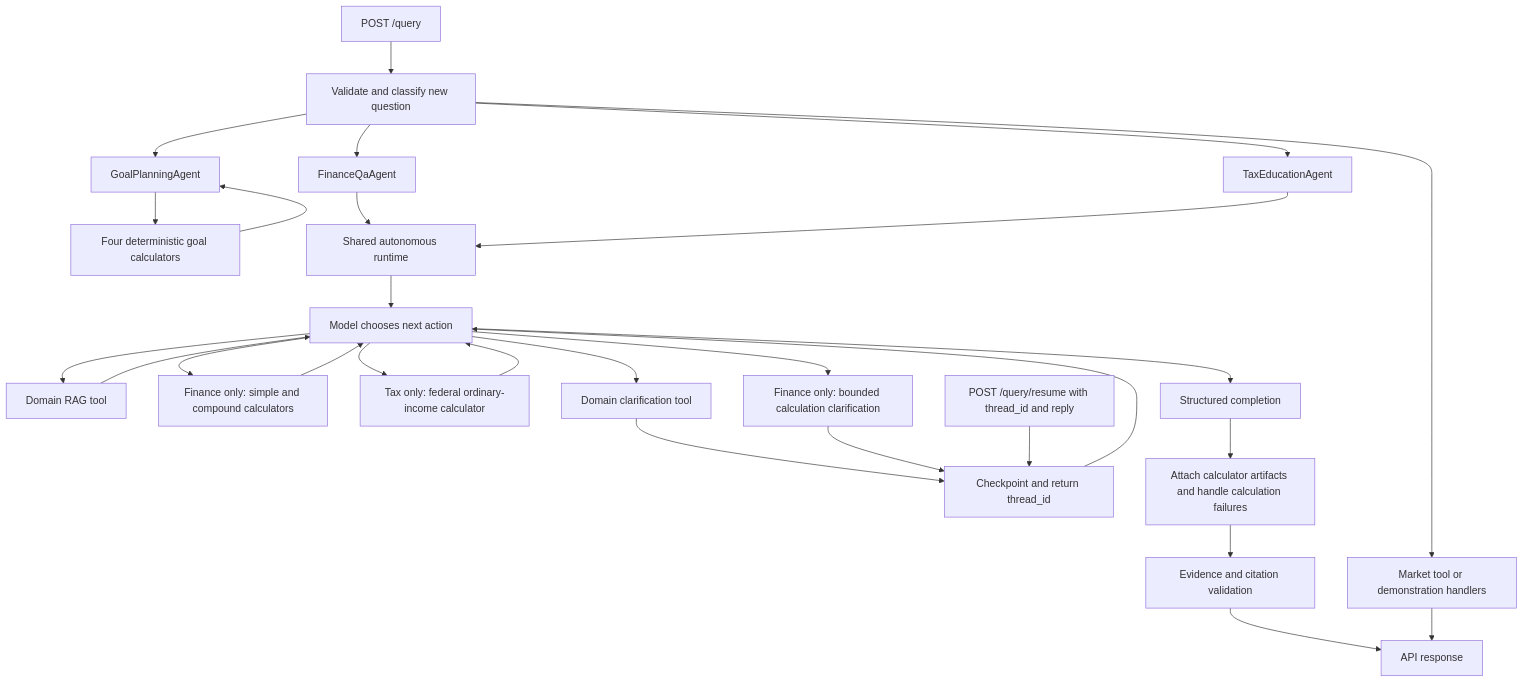
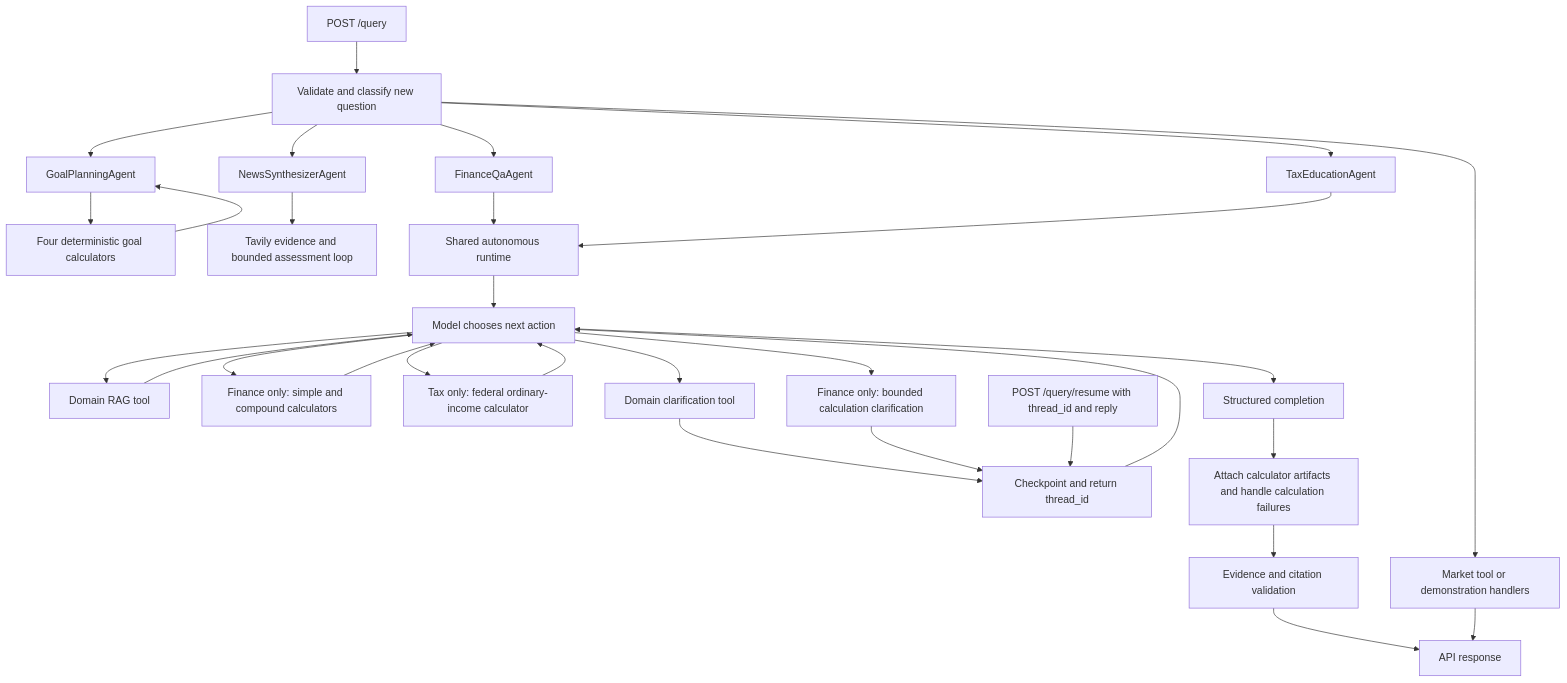
One commit to vinodkandibilla/ai-finance-assistant changed the first of 4 diagrams in README.md. Above: the diagram before and after it, drawn with Mermaid. The commit also changed other lines of this file and 21 other files, not shown here.

Commit message:
Implemented news synthesis agent

````diff
--- a/README.md
+++ b/README.md
@@ -211,30 +212,32 @@
 ```mermaid
 flowchart TD
     Request[POST /query] --> Router[Validate and classify new question]
     Router --> Finance[FinanceQaAgent]
     Router --> Tax[TaxEducationAgent]
     Router --> Goals[GoalPlanningAgent]
     Goals --> GoalTools[Four deterministic goal calculators]
     GoalTools --> Goals
+    Router --> News[NewsSynthesizerAgent]
+    News --> NewsSearch[Tavily evidence and bounded assessment loop]
     Router --> Other[Market tool or demonstration handlers]
     Finance --> Runtime[Shared autonomous runtime]
     Tax --> Runtime
     Runtime --> Model[Model chooses next action]
     Model --> Search[Domain RAG tool]
     Search --> Model
     Model --> FinanceCalc[Finance only: simple and compound calculators]
     FinanceCalc --> Model
     Model --> TaxCalc[Tax only: federal ordinary-income calculator]
     TaxCalc --> Model
     Model --> Clarify[Domain clarification tool]
     Model --> CalcClarify[Finance only: bounded calculation clarification]
     Clarify --> Pause[Checkpoint and return thread_id]
     CalcClarify --> Pause
     Resume[POST /query/resume with thread_id and reply] --> Pause
     Pause --> Model
     Model --> Result[Structured completion]
     Result --> Adapt[Attach calculator artifacts and handle calculation failures]
     Adapt --> Check[Evidence and citation validation]
     Check --> Response[API response]
     Other --> Response
 ```
````
